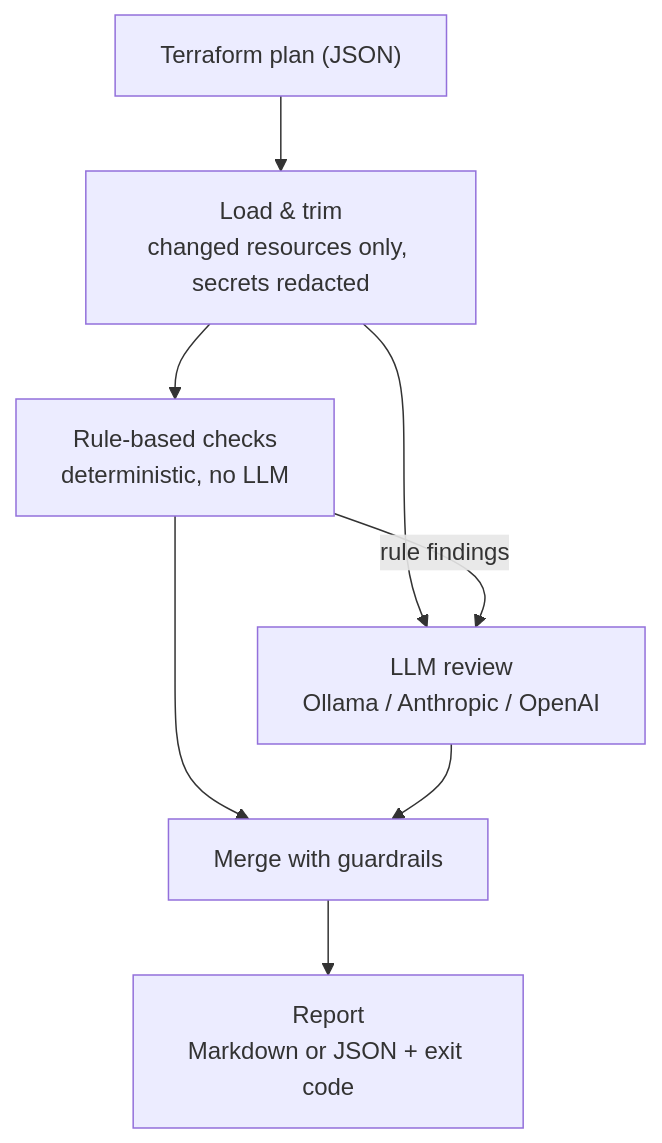
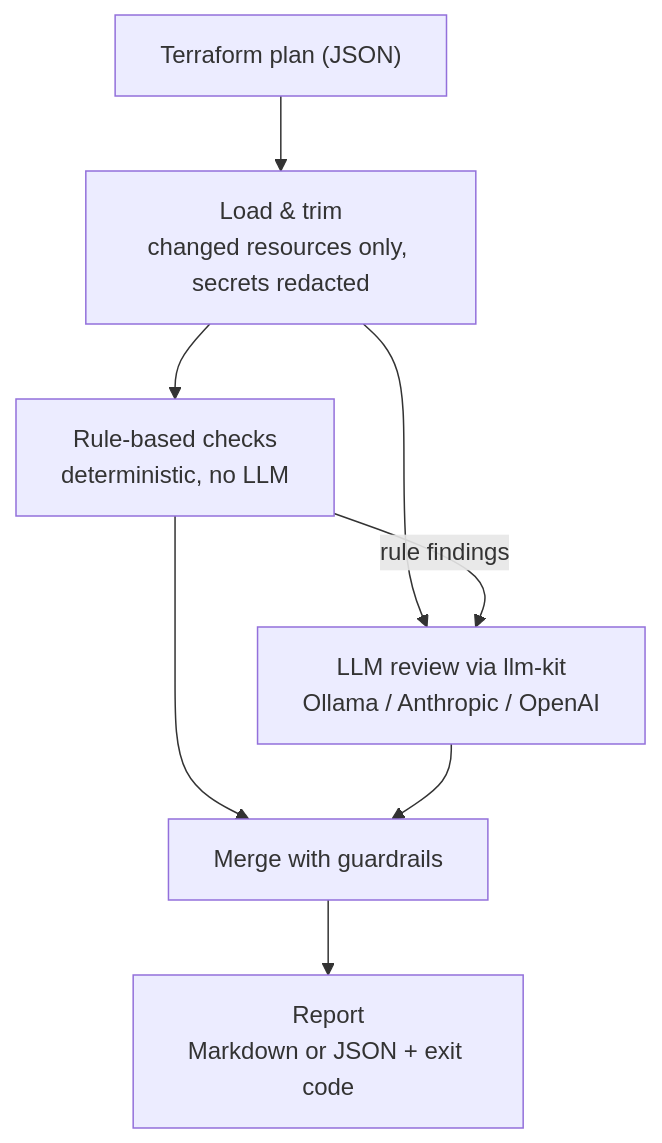
One commit to meirakrish/iac-pr-reviewer changed the diagram in README.md. Above: the diagram before and after it, drawn with Mermaid. The commit also changed other lines of this file, not shown here.

First line of the commit message:
docs(readme): eval results up front, design decisions, llm-kit link

````diff
--- a/README.md
+++ b/README.md
@@ -36,10 +40,10 @@
 ```mermaid
 flowchart TD
     A["Terraform plan (JSON)"] --> B["Load & trim<br/>changed resources only, secrets redacted"]
     B --> C["Rule-based checks<br/>deterministic, no LLM"]
-    B --> D["LLM review<br/>Ollama / Anthropic / OpenAI"]
+    B --> D["LLM review via llm-kit<br/>Ollama / Anthropic / OpenAI"]
     C -- "rule findings" --> D
     C --> E["Merge with guardrails"]
     D --> E
     E --> F["Report<br/>Markdown or JSON + exit code"]
 ```
````
